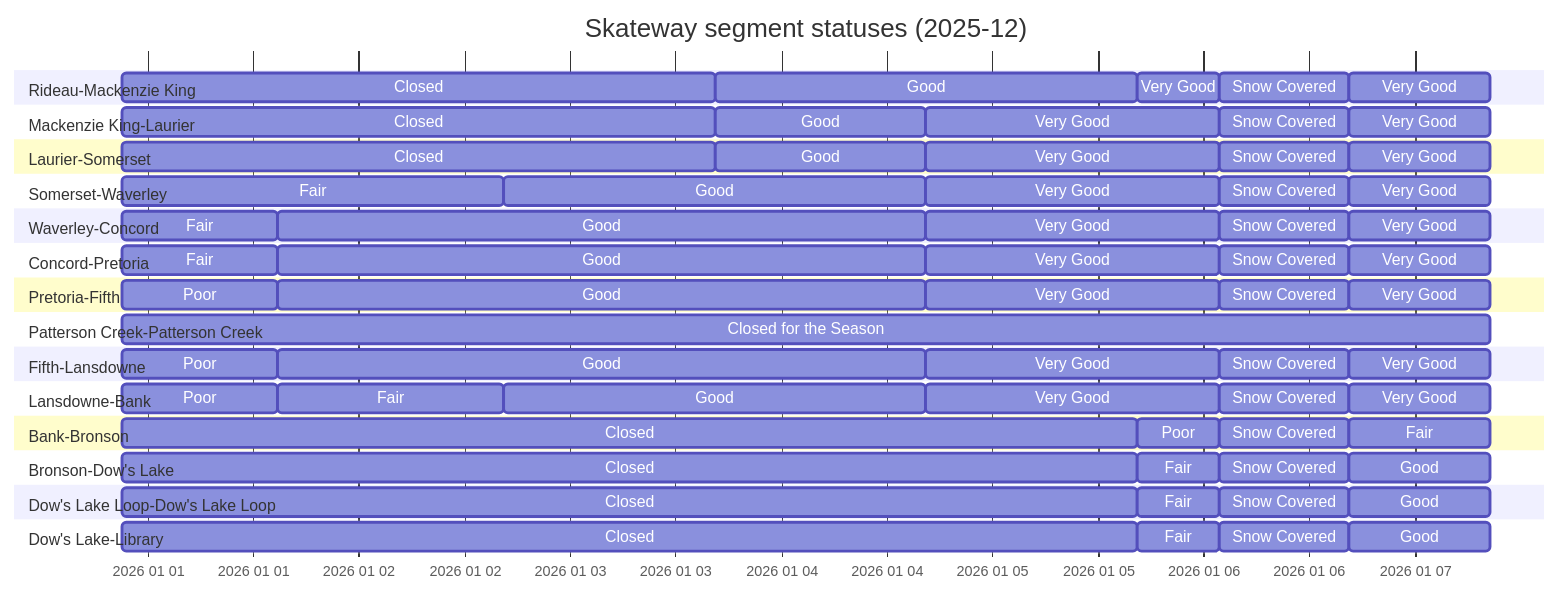
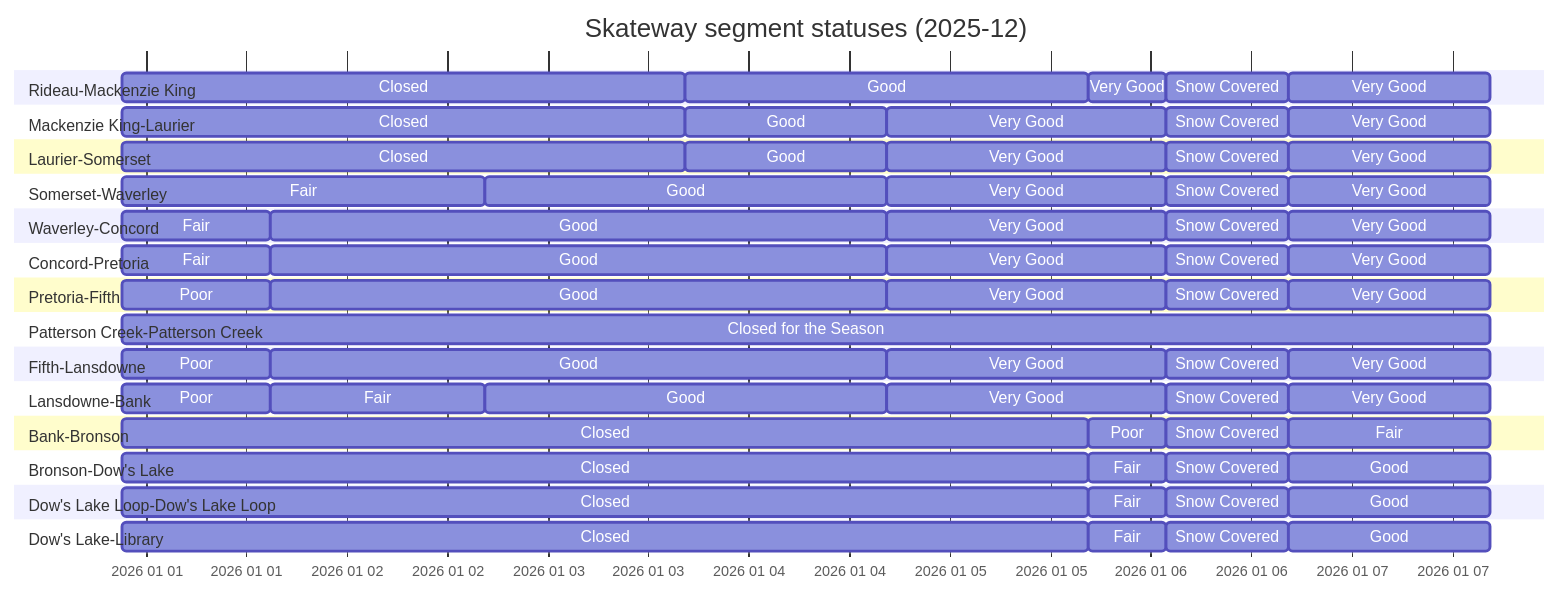
The diagram in gantt.md (PatLittle/skateway_data), drawn with Mermaid before and after one commit. The commit also changed 3 other files, not shown here.

````diff
--- a/gantt.md
+++ b/gantt.md
@@ -19,76 +19,76 @@
   Good: g, 2026-01-03 16:27:35, 2026-01-05 16:29:55
   Very Good: vg, 2026-01-05 16:29:55, 2026-01-06 01:51:43
   Snow Covered: sc, 2026-01-06 01:51:43, 2026-01-06 16:31:50
-  Very Good: vg, 2026-01-06 16:31:50, 2026-01-07 08:33:35
+  Very Good: vg, 2026-01-06 16:31:50, 2026-01-07 16:33:14
   section Mackenzie King-Laurier
   Closed: c, 2025-12-31 21:07:33, 2026-01-03 16:27:35
   Good: g, 2026-01-03 16:27:35, 2026-01-04 16:26:52
   Very Good: vg, 2026-01-04 16:26:52, 2026-01-06 01:51:43
   Snow Covered: sc, 2026-01-06 01:51:43, 2026-01-06 16:31:50
-  Very Good: vg, 2026-01-06 16:31:50, 2026-01-07 08:33:35
+  Very Good: vg, 2026-01-06 16:31:50, 2026-01-07 16:33:14
   section Laurier-Somerset
   Closed: c, 2025-12-31 21:07:33, 2026-01-03 16:27:35
   Good: g, 2026-01-03 16:27:35, 2026-01-04 16:26:52
   Very Good: vg, 2026-01-04 16:26:52, 2026-01-06 01:51:43
   Snow Covered: sc, 2026-01-06 01:51:43, 2026-01-06 16:31:50
-  Very Good: vg, 2026-01-06 16:31:50, 2026-01-07 08:33:35
+  Very Good: vg, 2026-01-06 16:31:50, 2026-01-07 16:33:14
   section Somerset-Waverley
   Fair: f, 2025-12-31 21:07:33, 2026-01-02 16:28:08
   Good: g, 2026-01-02 16:28:08, 2026-01-04 16:26:52
   Very Good: vg, 2026-01-04 16:26:52, 2026-01-06 01:51:43
   Snow Covered: sc, 2026-01-06 01:51:43, 2026-01-06 16:31:50
-  Very Good: vg, 2026-01-06 16:31:50, 2026-01-07 08:33:35
+  Very Good: vg, 2026-01-06 16:31:50, 2026-01-07 16:33:14
   section Waverley-Concord
   Fair: f, 2025-12-31 21:07:33, 2026-01-01 14:52:27
   Good: g, 2026-01-01 14:52:27, 2026-01-04 16:26:52
   Very Good: vg, 2026-01-04 16:26:52, 2026-01-06 01:51:43
   Snow Covered: sc, 2026-01-06 01:51:43, 2026-01-06 16:31:50
-  Very Good: vg, 2026-01-06 16:31:50, 2026-01-07 08:33:35
+  Very Good: vg, 2026-01-06 16:31:50, 2026-01-07 16:33:14
   section Concord-Pretoria
   Fair: f, 2025-12-31 21:07:33, 2026-01-01 14:52:27
   Good: g, 2026-01-01 14:52:27, 2026-01-04 16:26:52
   Very Good: vg, 2026-01-04 16:26:52, 2026-01-06 01:51:43
   Snow Covered: sc, 2026-01-06 01:51:43, 2026-01-06 16:31:50
-  Very Good: vg, 2026-01-06 16:31:50, 2026-01-07 08:33:35
+  Very Good: vg, 2026-01-06 16:31:50, 2026-01-07 16:33:14
   section Pretoria-Fifth
   Poor: p, 2025-12-31 21:07:33, 2026-01-01 14:52:27
   Good: g, 2026-01-01 14:52:27, 2026-01-04 16:26:52
   Very Good: vg, 2026-01-04 16:26:52, 2026-01-06 01:51:43
   Snow Covered: sc, 2026-01-06 01:51:43, 2026-01-06 16:31:50
-  Very Good: vg, 2026-01-06 16:31:50, 2026-01-07 08:33:35
+  Very Good: vg, 2026-01-06 16:31:50, 2026-01-07 16:33:14
   section Patterson Creek-Patterson Creek
-  Closed for the Season: cs, 2025-12-31 21:07:33, 2026-01-07 08:33:35
+  Closed for the Season: cs, 2025-12-31 21:07:33, 2026-01-07 16:33:14
   section Fifth-Lansdowne
   Poor: p, 2025-12-31 21:07:33, 2026-01-01 14:52:27
   Good: g, 2026-01-01 14:52:27, 2026-01-04 16:26:52
   Very Good: vg, 2026-01-04 16:26:52, 2026-01-06 01:51:43
   Snow Covered: sc, 2026-01-06 01:51:43, 2026-01-06 16:31:50
-  Very Good: vg, 2026-01-06 16:31:50, 2026-01-07 08:33:35
+  Very Good: vg, 2026-01-06 16:31:50, 2026-01-07 16:33:14
   section Lansdowne-Bank
   Poor: p, 2025-12-31 21:07:33, 2026-01-01 14:52:27
   Fair: f, 2026-01-01 14:52:27, 2026-01-02 16:28:08
   Good: g, 2026-01-02 16:28:08, 2026-01-04 16:26:52
   Very Good: vg, 2026-01-04 16:26:52, 2026-01-06 01:51:43
   Snow Covered: sc, 2026-01-06 01:51:43, 2026-01-06 16:31:50
-  Very Good: vg, 2026-01-06 16:31:50, 2026-01-07 08:33:35
+  Very Good: vg, 2026-01-06 16:31:50, 2026-01-07 16:33:14
   section Bank-Bronson
   Closed: c, 2025-12-31 21:07:33, 2026-01-05 16:29:55
   Poor: p, 2026-01-05 16:29:55, 2026-01-06 01:51:43
   Snow Covered: sc, 2026-01-06 01:51:43, 2026-01-06 16:31:50
-  Fair: f, 2026-01-06 16:31:50, 2026-01-07 08:33:35
+  Fair: f, 2026-01-06 16:31:50, 2026-01-07 16:33:14
   section Bronson-Dow's Lake
   Closed: c, 2025-12-31 21:07:33, 2026-01-05 16:29:55
   Fair: f, 2026-01-05 16:29:55, 2026-01-06 01:51:43
   Snow Covered: sc, 2026-01-06 01:51:43, 2026-01-06 16:31:50
-  Good: g, 2026-01-06 16:31:50, 2026-01-07 08:33:35
+  Good: g, 2026-01-06 16:31:50, 2026-01-07 16:33:14
   section Dow's Lake Loop-Dow's Lake Loop
   Closed: c, 2025-12-31 21:07:33, 2026-01-05 16:29:55
   Fair: f, 2026-01-05 16:29:55, 2026-01-06 01:51:43
   Snow Covered: sc, 2026-01-06 01:51:43, 2026-01-06 16:31:50
-  Good: g, 2026-01-06 16:31:50, 2026-01-07 08:33:35
+  Good: g, 2026-01-06 16:31:50, 2026-01-07 16:33:14
   section Dow's Lake-Library
   Closed: c, 2025-12-31 21:07:33, 2026-01-05 16:29:55
   Fair: f, 2026-01-05 16:29:55, 2026-01-06 01:51:43
   Snow Covered: sc, 2026-01-06 01:51:43, 2026-01-06 16:31:50
-  Good: g, 2026-01-06 16:31:50, 2026-01-07 08:33:35
+  Good: g, 2026-01-06 16:31:50, 2026-01-07 16:33:14
 ```
````
